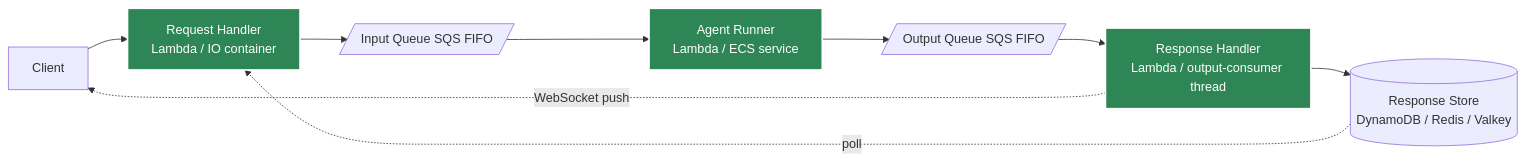
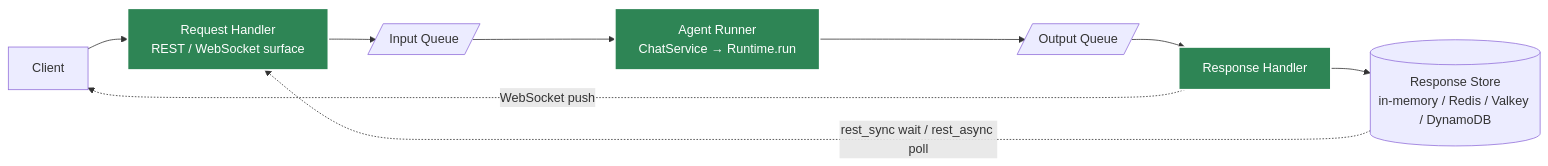
One commit to yaalalabs/agent-kernel changed the fourth of 5 diagrams in docs/docs/architecture/overview.md. Above: the diagram before and after it, drawn with Mermaid. The commit also changed other lines of this file and 34 other files, not shown here.

````diff
--- a/docs/docs/architecture/overview.md
+++ b/docs/docs/architecture/overview.md
@@ -272,15 +274,15 @@
 ```mermaid
 graph LR
-    CL[Client] --> RH[Request Handler<br/>Lambda / IO container]
-    RH --> IQ[/Input Queue SQS FIFO/]
-    IQ --> AR[Agent Runner<br/>Lambda / ECS service]
-    AR --> OQ[/Output Queue SQS FIFO/]
-    OQ --> RSH[Response Handler<br/>Lambda / output-consumer thread]
-    RSH --> RS[(Response Store<br/>DynamoDB / Redis / Valkey)]
+    CL[Client] --> RH[Request Handler<br/>REST / WebSocket surface]
+    RH --> IQ[/Input Queue/]
+    IQ --> AR[Agent Runner<br/>ChatService → Runtime.run]
+    AR --> OQ[/Output Queue/]
+    OQ --> RSH[Response Handler]
+    RSH --> RS[(Response Store<br/>in-memory / Redis / Valkey / DynamoDB)]
     RSH -. WebSocket push .-> CL
-    RS -. poll .-> RH
+    RS -. rest_sync wait / rest_async poll .-> RH
 
     style RH fill:#2e8555,stroke:#fff,stroke-width:2px,color:#fff
     style AR fill:#2e8555,stroke:#fff,stroke-width:2px,color:#fff
     style RSH fill:#2e8555,stroke:#fff,stroke-width:2px,color:#fff
 ```
````
